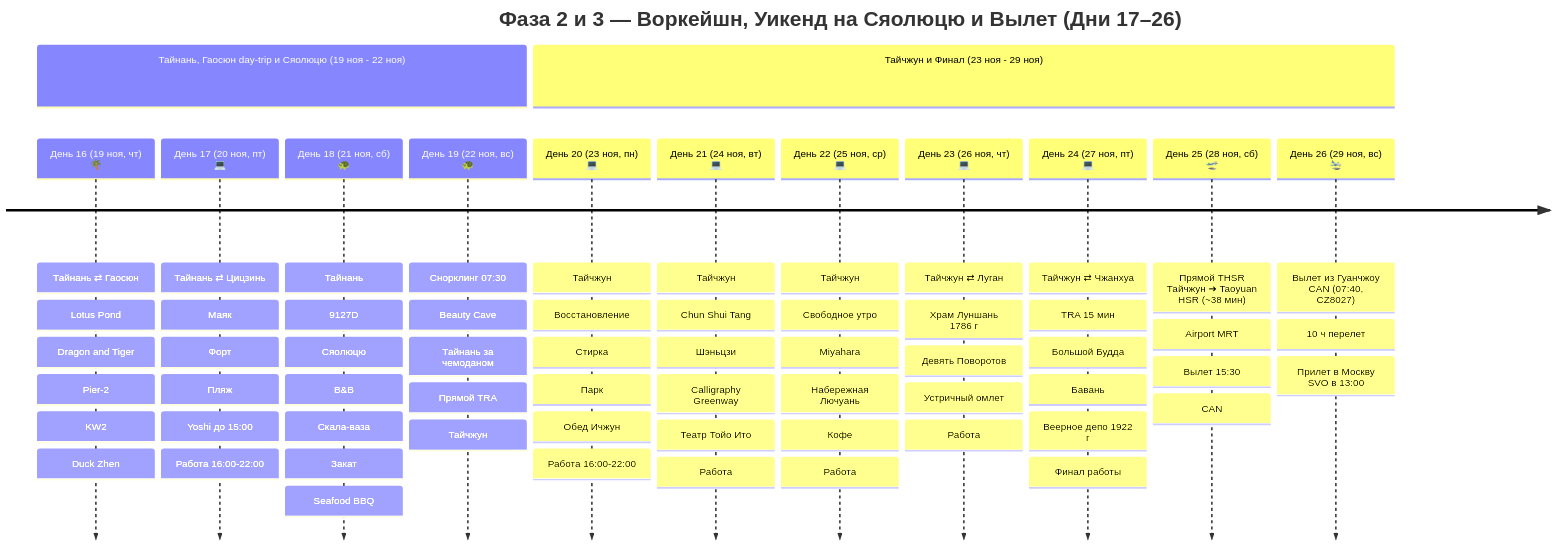
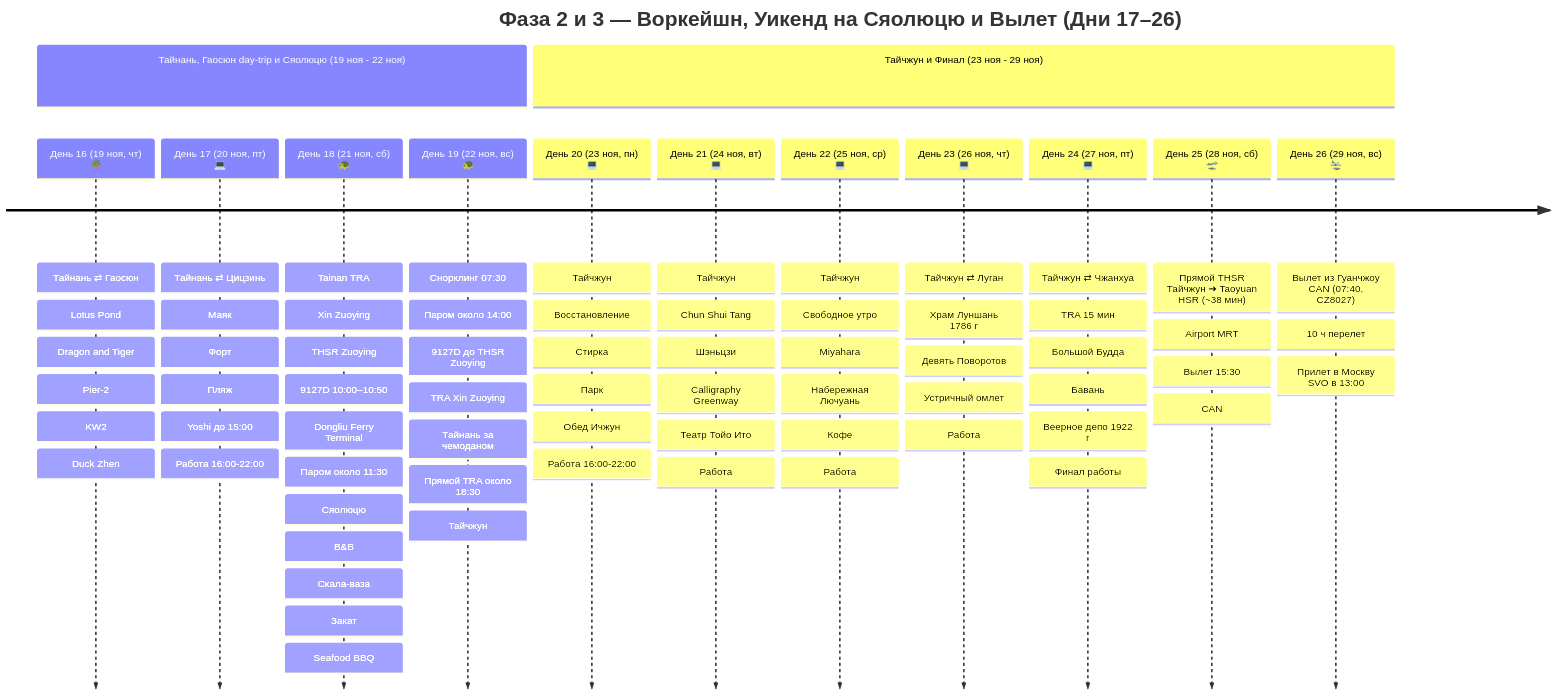
The second of 2 diagrams in Personal Note/Travel/-- Taiwan/Taiwan.md (injurka/obsidian-mark), drawn with Mermaid before and after one commit. The commit also changed other lines of this file and 16 other files, not shown here.

````diff
--- a/Personal Note/Travel/-- Taiwan/Taiwan.md
+++ b/Personal Note/Travel/-- Taiwan/Taiwan.md
@@ -83,17 +83,17 @@
 ```mermaid
 timeline
     title Фаза 2 и 3 — Воркейшн, Уикенд на Сяолюцю и Вылет (Дни 17–26)
     section Тайнань, Гаосюн day-trip и Сяолюцю (19 ноя - 22 ноя)
         День 16 (19 ноя, чт) 🌴 : Тайнань ⇄ Гаосюн : Lotus Pond : Dragon and Tiger : Pier-2 : KW2 : Duck Zhen
         День 17 (20 ноя, пт) 💻 : Тайнань ⇄ Цицзинь : Маяк : Форт : Пляж : Yoshi до 15:00 : Работа 16:00-22:00
-        День 18 (21 ноя, сб) 🐢 : Тайнань : 9127D : Сяолюцю : B&B : Скала-ваза : Закат : Seafood BBQ
-        День 19 (22 ноя, вс) 🐢 : Снорклинг 07:30 : Beauty Cave : Тайнань за чемоданом : Прямой TRA : Тайчжун
+        День 18 (21 ноя, сб) 🐢 : Tainan TRA : Xin Zuoying : THSR Zuoying : 9127D 10:00–10:50 : Dongliu Ferry Terminal : Паром около 11:30 : Сяолюцю : B&B : Скала-ваза : Закат : Seafood BBQ
+        День 19 (22 ноя, вс) 🐢 : Снорклинг 07:30 : Паром около 14:00 : 9127D до THSR Zuoying : TRA Xin Zuoying : Тайнань за чемоданом : Прямой TRA около 18:30 : Тайчжун
     section Тайчжун и Финал (23 ноя - 29 ноя)
         День 20 (23 ноя, пн) 💻 : Тайчжун : Восстановление : Стирка : Парк : Обед Ичжун : Работа 16:00-22:00
         День 21 (24 ноя, вт) 💻 : Тайчжун : Chun Shui Tang : Шэньцзи : Calligraphy Greenway : Театр Тойо Ито : Работа
         День 22 (25 ноя, ср) 💻 : Тайчжун : Свободное утро : Miyahara : Набережная Лючуань : Кофе : Работа
         День 23 (26 ноя, чт) 💻 : Тайчжун ⇄ Луган : Храм Луншань 1786 г : Девять Поворотов : Устричный омлет : Работа
         День 24 (27 ноя, пт) 💻 : Тайчжун ⇄ Чжанхуа : TRA 15 мин : Большой Будда : Бавань : Веерное депо 1922 г : Финал работы
         День 25 (28 ноя, сб) 🛫 : Прямой THSR Тайчжун ➔ Taoyuan HSR (~38 мин) : Airport MRT : Вылет 15:30 : CAN
         День 26 (29 ноя, вс) 🛬 : Вылет из Гуанчжоу CAN (07:40, CZ8027) : 10 ч перелет : Прилет в Москву SVO в 13:00
 ```
````
